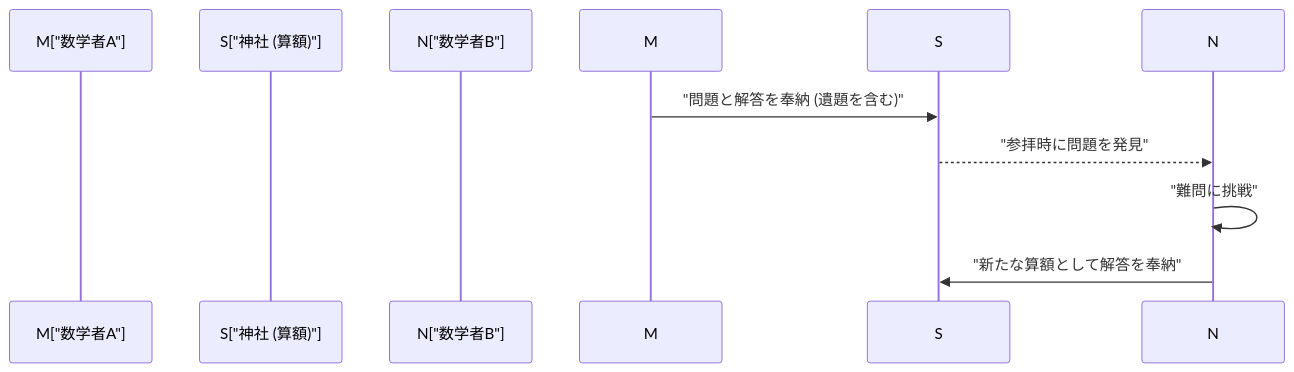
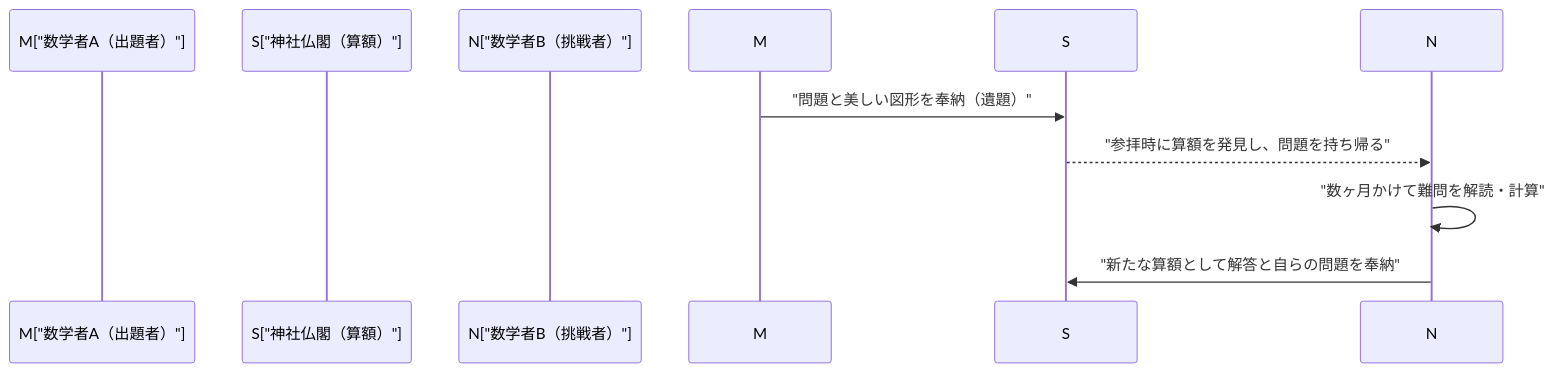
The second of 2 diagrams in content/post/history-of-wasan-japanese-mathematics/index.md (kenjinote/blog), drawn with Mermaid before and after one commit. The commit also changed other lines of this file and 129 other files, not shown here.

````diff
--- a/content/post/history-of-wasan-japanese-mathematics/index.md
+++ b/content/post/history-of-wasan-japanese-mathematics/index.md
@@ -68,11 +70,11 @@
 ```mermaid
 sequenceDiagram
-    participant M["数学者A"]
-    participant S["神社 (算額)"]
-    participant N["数学者B"]
+    participant M["数学者A（出題者）"]
+    participant S["神社仏閣（算額）"]
+    participant N["数学者B（挑戦者）"]
     
-    M->>S: "問題と解答を奉納 (遺題を含む)"
-    S-->>N: "参拝時に問題を発見"
-    N->>N: "難問に挑戦"
-    N->>S: "新たな算額として解答を奉納"
+    M->>S: "問題と美しい図形を奉納（遺題）"
+    S-->>N: "参拝時に算額を発見し、問題を持ち帰る"
+    N->>N: "数ヶ月かけて難問を解読・計算"
+    N->>S: "新たな算額として解答と自らの問題を奉納"
 ```
````
